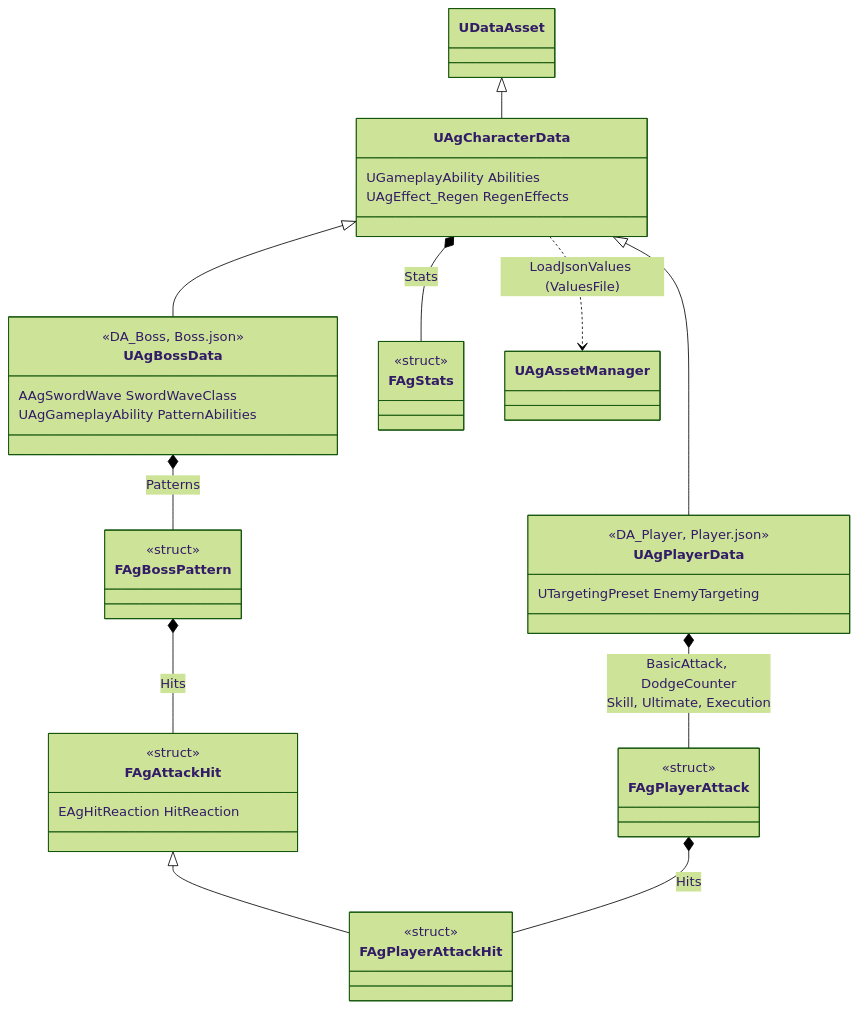
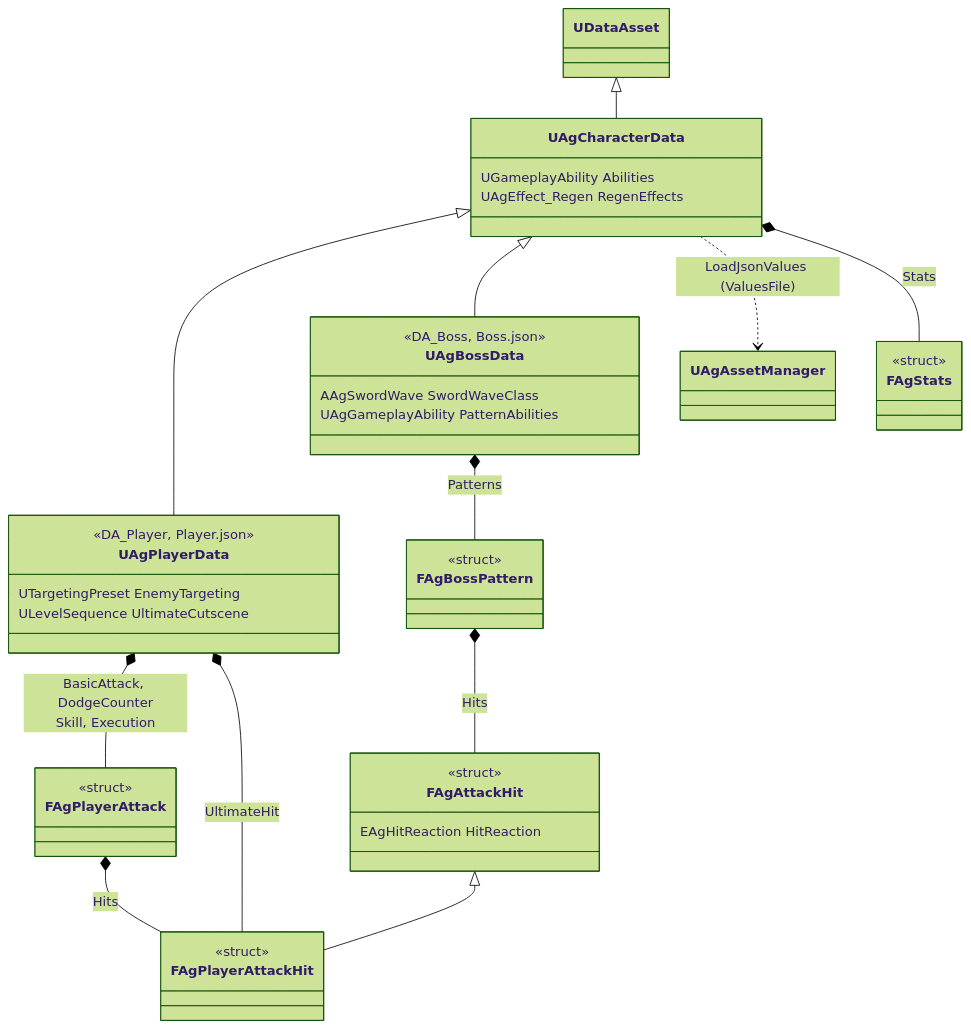
Before and after one commit to Woogl/Ag: diagram 12 of 21 in Docs/Program/클래스 구조도.md, drawn with Mermaid (forest theme). The commit also changed other lines of this file and 44 other files, not shown here.

````diff
--- a/Docs/Program/클래스 구조도.md
+++ b/Docs/Program/클래스 구조도.md
@@ -505,44 +519,46 @@
 ```mermaid
 classDiagram
     direction TB
     class UAgCharacterData {
         UGameplayAbility Abilities
         UAgEffect_Regen RegenEffects
     }
     class UAgPlayerData {
         <<DA_Player, Player.json>>
         UTargetingPreset EnemyTargeting
+        ULevelSequence UltimateCutscene
     }
     class UAgBossData {
         <<DA_Boss, Boss.json>>
         AAgSwordWave SwordWaveClass
         UAgGameplayAbility PatternAbilities
     }
     class FAgStats {
         <<struct>>
     }
     class FAgPlayerAttack {
         <<struct>>
     }
     class FAgBossPattern {
         <<struct>>
     }
     class FAgAttackHit {
         <<struct>>
         EAgHitReaction HitReaction
     }
     class FAgPlayerAttackHit {
         <<struct>>
     }
     UDataAsset <|-- UAgCharacterData
     UAgCharacterData <|-- UAgPlayerData
     UAgCharacterData <|-- UAgBossData
     UAgCharacterData ..> UAgAssetManager : LoadJsonValues (ValuesFile)
 
     UAgCharacterData *-- FAgStats : Stats
-    UAgPlayerData *-- FAgPlayerAttack : BasicAttack, DodgeCounter<br>Skill, Ultimate, Execution
+    UAgPlayerData *-- FAgPlayerAttack : BasicAttack, DodgeCounter<br>Skill, Execution
+    UAgPlayerData *-- FAgPlayerAttackHit : UltimateHit
     UAgBossData *-- FAgBossPattern : Patterns
     FAgAttackHit <|-- FAgPlayerAttackHit
     FAgPlayerAttack *-- FAgPlayerAttackHit : Hits
     FAgBossPattern *-- FAgAttackHit : Hits
 ```
````
